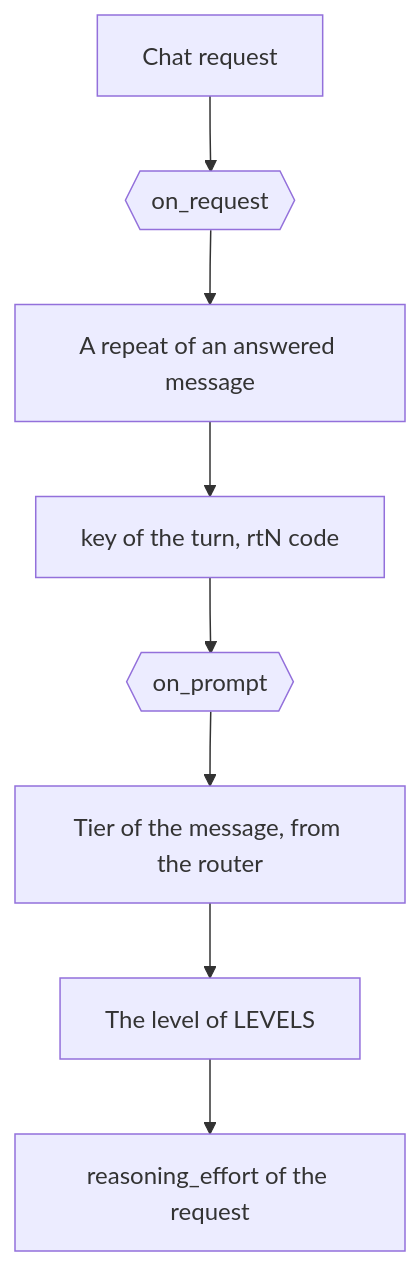
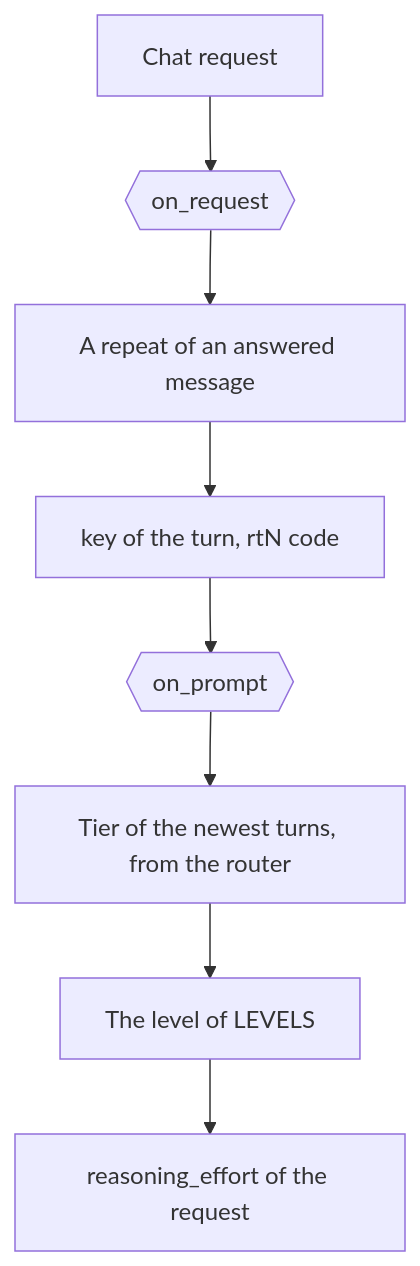
Before and after one commit to nemoe7/daedalus: the diagram in docs/hooks/owui_auto_reasoning_effort.md, drawn with Mermaid. The commit also changed other lines of this file and 2 other files, not shown here.

Commit message:
feat(hooks): read the level of the newest user turn

````diff
--- a/docs/hooks/owui_auto_reasoning_effort.md
+++ b/docs/hooks/owui_auto_reasoning_effort.md
@@ -14,10 +14,10 @@
 ```mermaid
 flowchart TD
   A[Chat request] --> B{{on_request}}
   B --> C[A repeat of an answered message]
   C --> D[key of the turn, rtN code]
   D --> E{{on_prompt}}
-  E --> F[Tier of the message, from the router]
+  E --> F[Tier of the newest turns, from the router]
   F --> G[The level of LEVELS]
   G --> H[reasoning_effort of the request]
 ```
````
